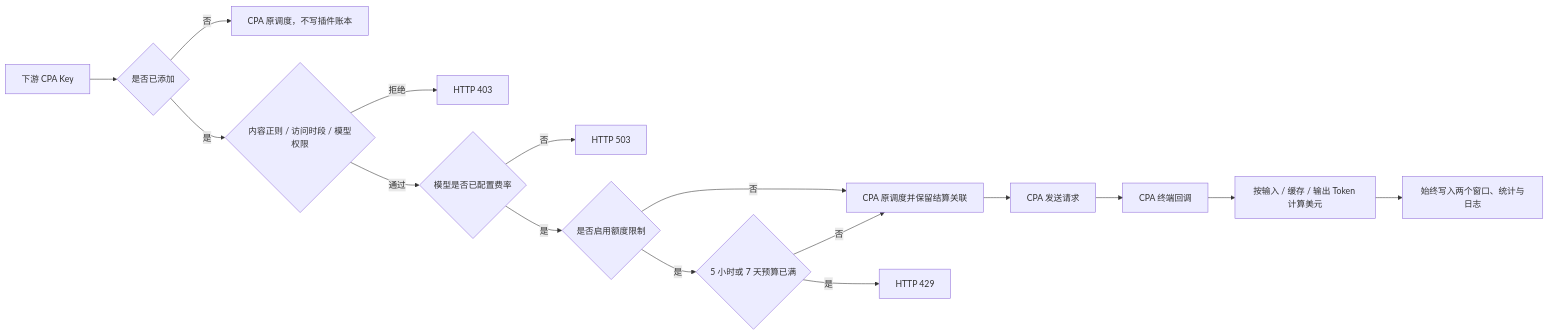
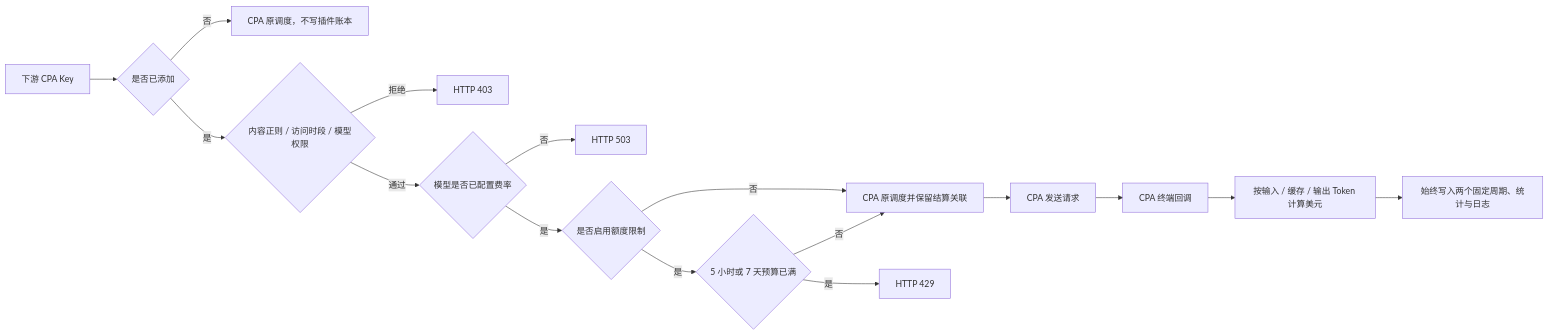
Before and after one commit to lucky98556/codex-carpool: the diagram in README.md, drawn with Mermaid. The commit also changed other lines of this file and 14 other files, not shown here.

````diff
--- a/README.md
+++ b/README.md
@@ -30,18 +30,18 @@
 ```mermaid
 flowchart LR
     K["下游 CPA Key"] --> P{"是否已添加"}
     P -- 否 --> N["CPA 原调度，不写插件账本"]
     P -- 是 --> F{"内容正则 / 访问时段 / 模型权限"}
     F -- 拒绝 --> E403["HTTP 403"]
     F -- 通过 --> R{"模型是否已配置费率"}
     R -- 否 --> E503["HTTP 503"]
     R -- 是 --> M{"是否启用额度限制"}
     M -- 否 --> C["CPA 原调度并保留结算关联"]
     M -- 是 --> B{"5 小时或 7 天预算已满"}
     B -- 是 --> E429["HTTP 429"]
     B -- 否 --> C
     C --> U["CPA 发送请求"]
     U --> S["CPA 终端回调"]
     S --> L["按输入 / 缓存 / 输出 Token 计算美元"]
-    L --> W["始终写入两个窗口、统计与日志"]
+    L --> W["始终写入两个固定周期、统计与日志"]
 ```
````
